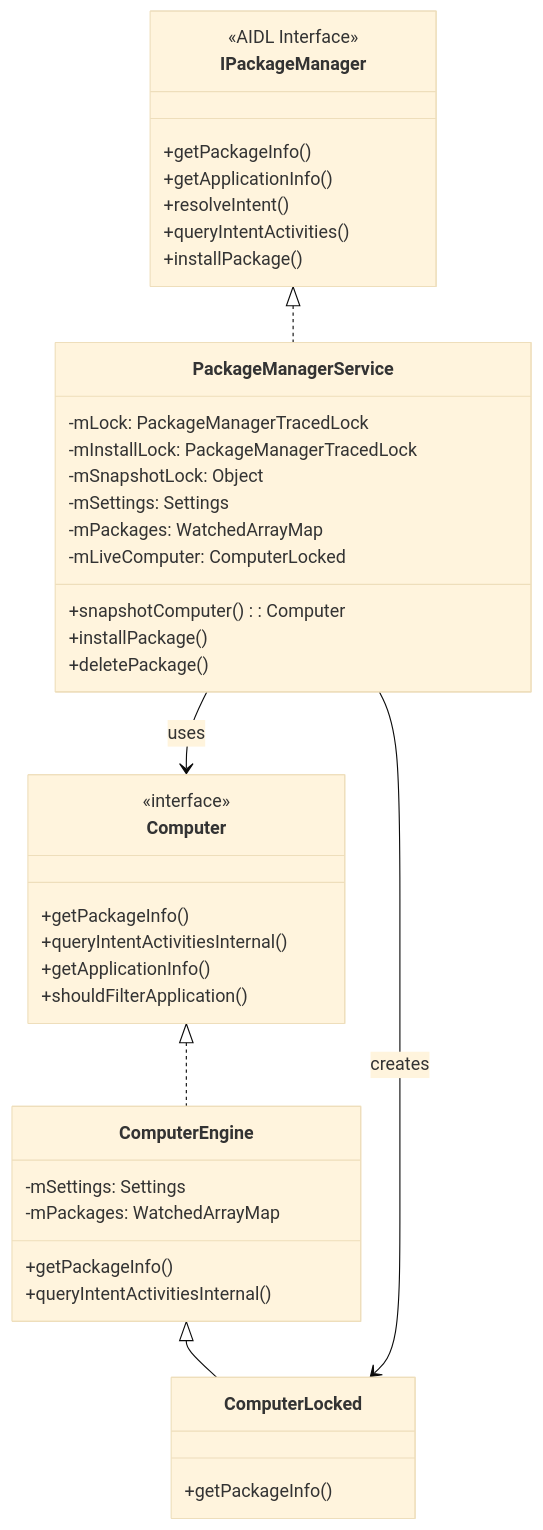
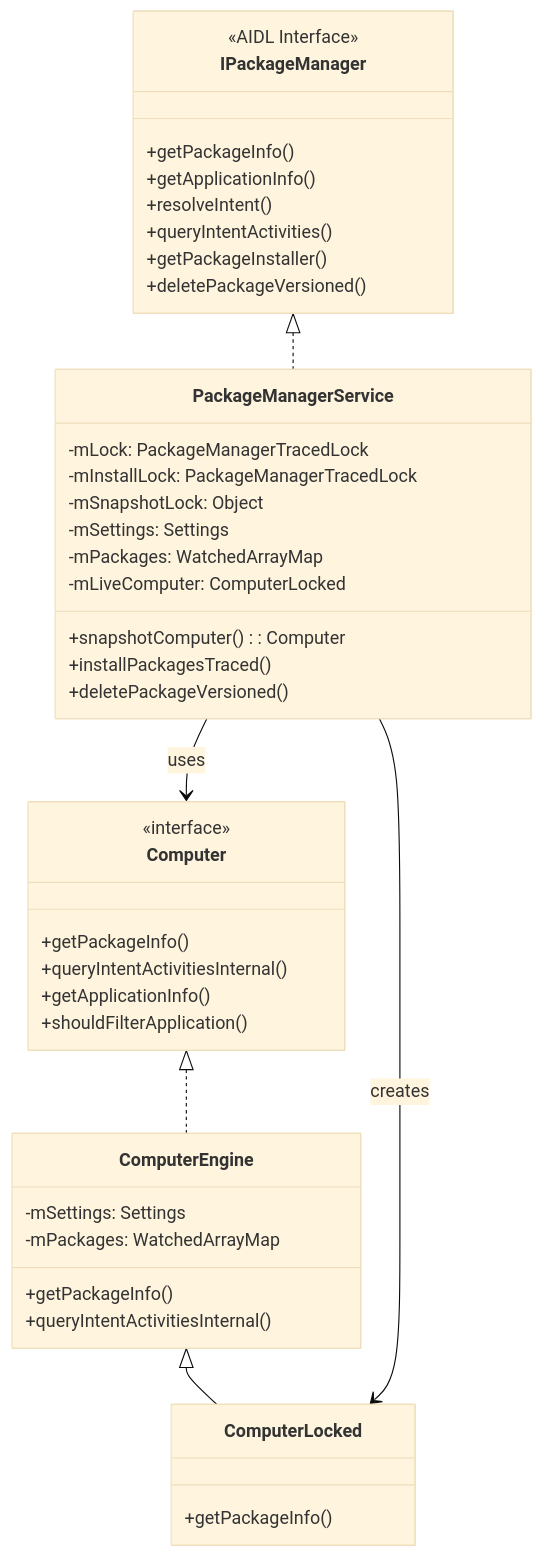
One commit to aospbooks/aosp-internal-book changed the third of 28 diagrams in agents/claude/skills/aosp-framework-services/26-package-manager.md. Above: the diagram before and after it, drawn with Mermaid (base theme). The commit also changed other lines of this file and 218 other files, not shown here.

````diff
--- a/agents/claude/skills/aosp-framework-services/26-package-manager.md
+++ b/agents/claude/skills/aosp-framework-services/26-package-manager.md
@@ -389,48 +395,49 @@
 ```mermaid
 classDiagram
     class IPackageManager {
         <<AIDL Interface>>
         +getPackageInfo()
         +getApplicationInfo()
         +resolveIntent()
         +queryIntentActivities()
-        +installPackage()
+        +getPackageInstaller()
+        +deletePackageVersioned()
     }
 
     class PackageManagerService {
         -mLock: PackageManagerTracedLock
         -mInstallLock: PackageManagerTracedLock
         -mSnapshotLock: Object
         -mSettings: Settings
         -mPackages: WatchedArrayMap
         -mLiveComputer: ComputerLocked
         +snapshotComputer(): Computer
-        +installPackage()
-        +deletePackage()
+        +installPackagesTraced()
+        +deletePackageVersioned()
     }
 
     class Computer {
         <<interface>>
         +getPackageInfo()
         +queryIntentActivitiesInternal()
         +getApplicationInfo()
         +shouldFilterApplication()
     }
 
     class ComputerEngine {
         -mSettings: Settings
         -mPackages: WatchedArrayMap
         +getPackageInfo()
         +queryIntentActivitiesInternal()
     }
 
     class ComputerLocked {
         +getPackageInfo()
     }
 
     IPackageManager <|.. PackageManagerService
     Computer <|.. ComputerEngine
     ComputerEngine <|-- ComputerLocked
     PackageManagerService --> Computer : uses
     PackageManagerService --> ComputerLocked : creates
 ```
````
